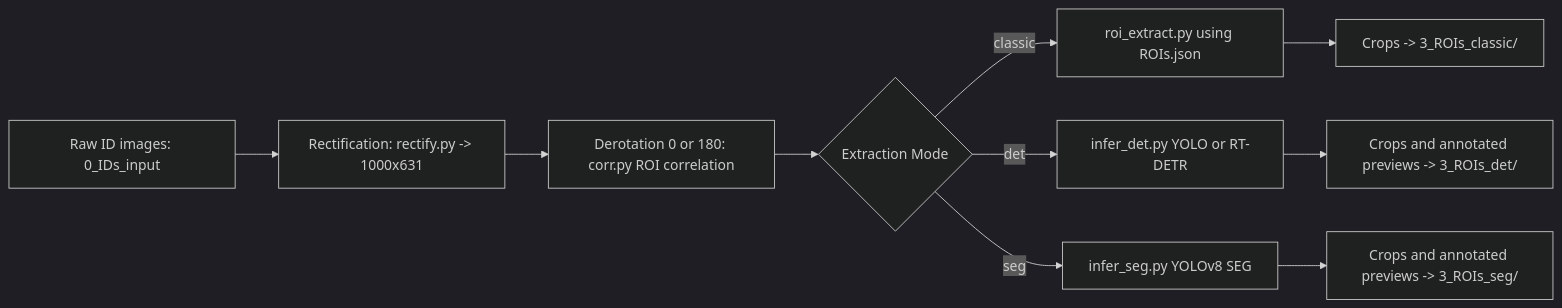
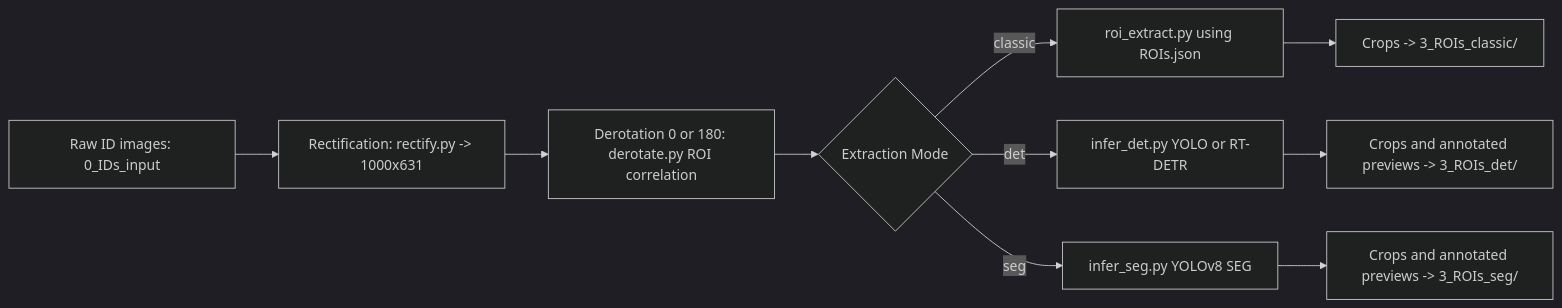
One commit to ahmedgamal74-cmp/ID-Card-Line-Extraction-System-for-Use-in-the-OCR-Engine changed the diagram in README.md. Above: the diagram before and after it, drawn with Mermaid (dark theme). The commit also changed other lines of this file, not shown here.

````diff
--- a/README.md
+++ b/README.md
@@ -180,12 +180,12 @@
 ```mermaid
 flowchart LR
   A["Raw ID images: 0_IDs_input"] --> B["Rectification: rectify.py -> 1000x631"]
-  B --> C["Derotation 0 or 180: corr.py ROI correlation"]
+  B --> C["Derotation 0 or 180: derotate.py ROI correlation"]
   C --> D{Extraction Mode}
   D -->|classic| E["roi_extract.py using ROIs.json"]
   D -->|det| F["infer_det.py YOLO or RT-DETR"]
   D -->|seg| G["infer_seg.py YOLOv8 SEG"]
   E --> H["Crops -> 3_ROIs_classic/"]
   F --> I["Crops and annotated previews -> 3_ROIs_det/"]
   G --> J["Crops and annotated previews -> 3_ROIs_seg/"]
 ```
````
